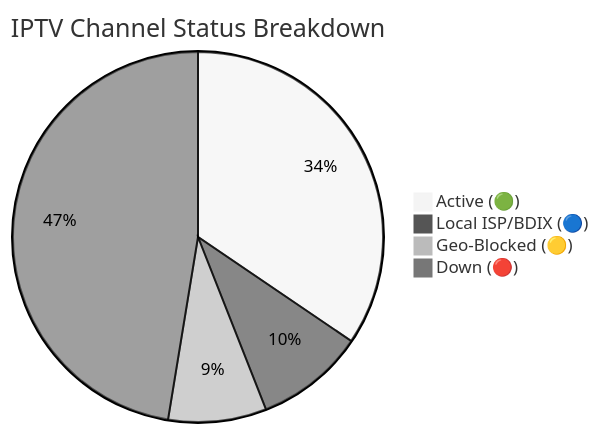
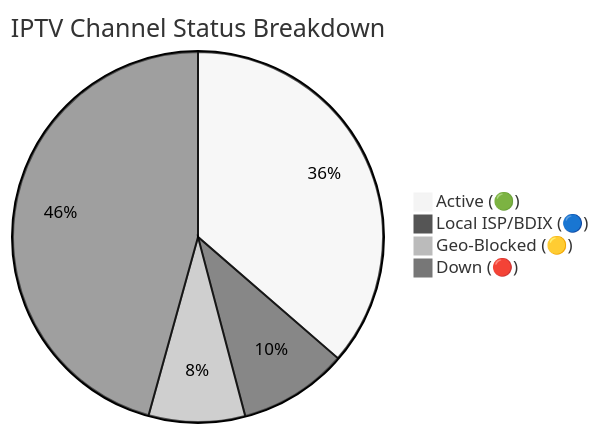
One commit to andreataylord/Ip-tv-Collection changed the diagram in README.md. Above: the diagram before and after it, drawn with Mermaid (neutral theme). The commit also changed other lines of this file and 1 other file, not shown here.

Commit message:
docs(readme): auto-update daily channel status chart

````diff
--- a/README.md
+++ b/README.md
@@ -59,7 +59,7 @@
 ```mermaid
 pie title IPTV Channel Status Breakdown
-    "Active (🟢)" : 2781
+    "Active (🟢)" : 2932
     "Local ISP/BDIX (🔵)" : 768
-    "Geo-Blocked (🟡)" : 691
-    "Down (🔴)" : 3822
+    "Geo-Blocked (🟡)" : 678
+    "Down (🔴)" : 3684
 ```
````
